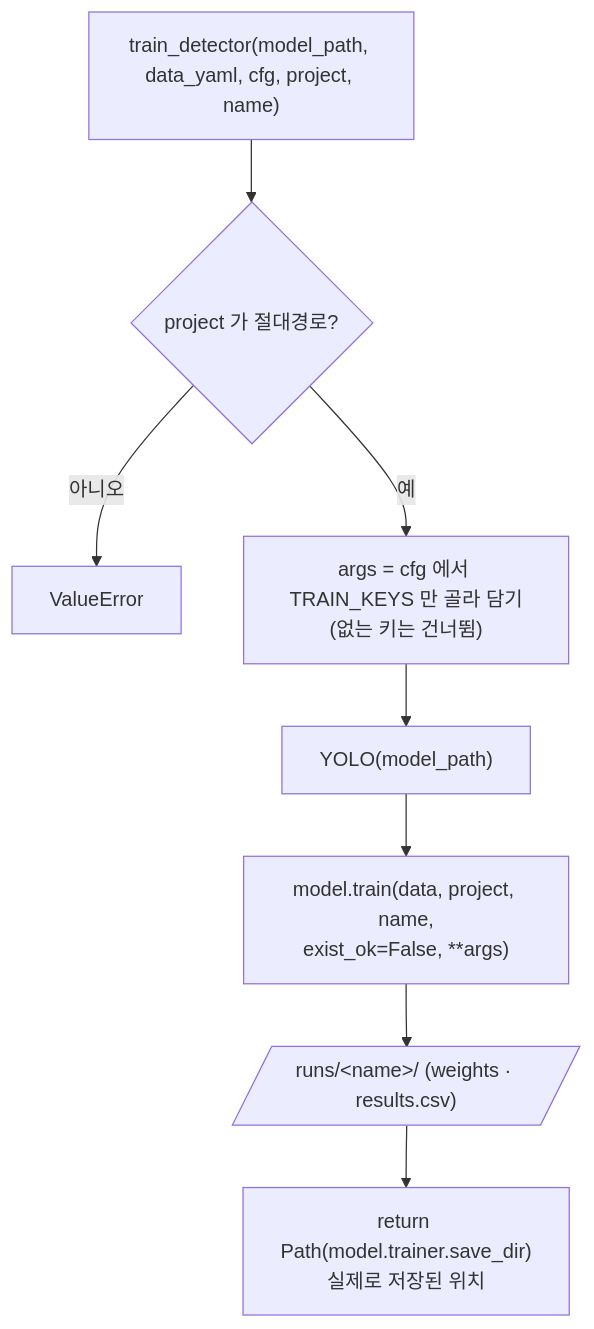
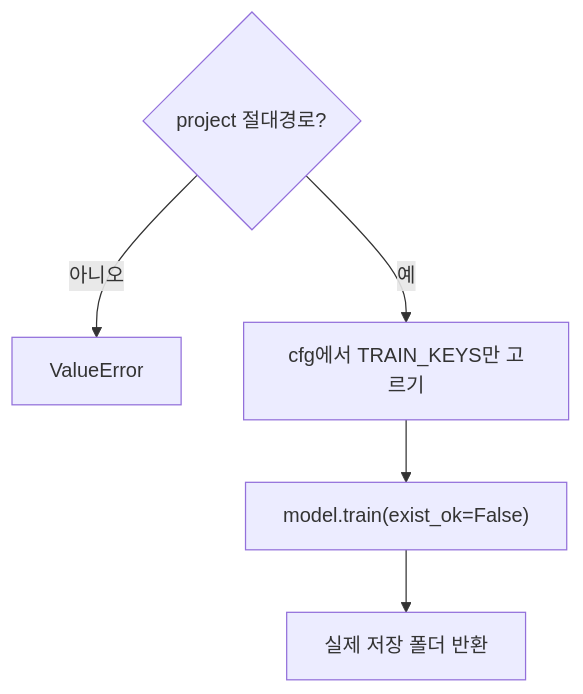
Before and after one commit to howolcat/prj2026.10: the diagram in prj08/docs/code_review/src/train_detector.md, drawn with Mermaid. The commit also changed other lines of this file and 25 other files, not shown here.

````diff
--- a/prj08/docs/code_review/src/train_detector.md
+++ b/prj08/docs/code_review/src/train_detector.md
@@ -39,10 +27,7 @@
 ```mermaid
 flowchart TD
-    A["train_detector(model_path, data_yaml, cfg, project, name)"] --> B{"project 가 절대경로?"}
-    B -->|아니오| X["ValueError"]
-    B -->|예| C["args = cfg 에서 TRAIN_KEYS 만 골라 담기<br/>(없는 키는 건너뜀)"]
-    C --> D["YOLO(model_path)"]
-    D --> E["model.train(data, project, name,<br/>exist_ok=False, **args)"]
-    E --> F[/"runs/&lt;name&gt;/ (weights · results.csv)"/]
-    F --> G["return Path(model.trainer.save_dir)<br/>실제로 저장된 위치"]
+    A{"project 절대경로?"} -->|아니오| X["ValueError"]
+    A -->|예| B["cfg에서 TRAIN_KEYS만 고르기"]
+    B --> C["model.train(exist_ok=False)"]
+    C --> D["실제 저장 폴더 반환"]
 ```
````
